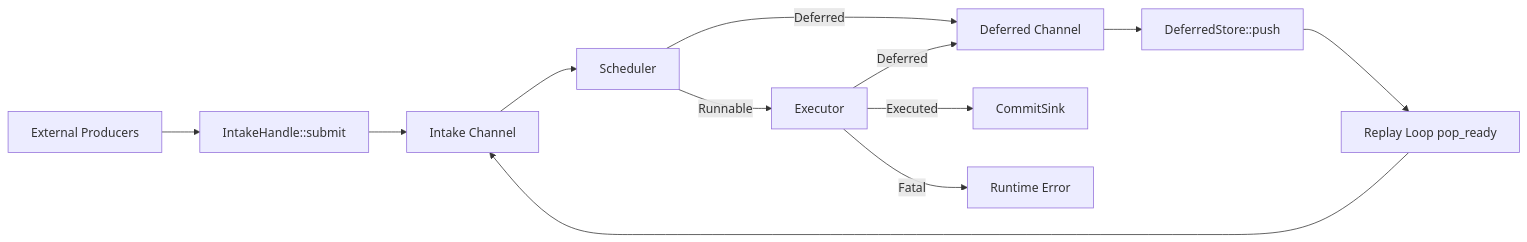
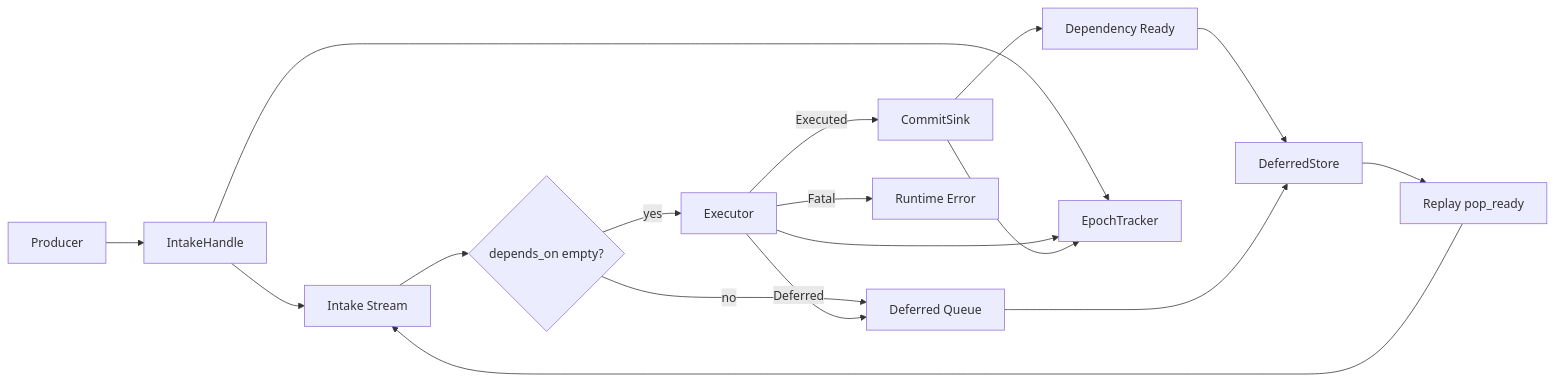
The first of 5 diagrams in crates/ingest/README.md (biuld/naviscope), drawn with Mermaid before and after one commit. The commit also changed other lines of this file and 24 other files, not shown here.

First line of the commit message:
Implement epoch tracking in ingest runtime

````diff
--- a/crates/ingest/README.md
+++ b/crates/ingest/README.md
@@ -38,17 +32,23 @@
 ```mermaid
 flowchart LR
-    EP[External Producers] --> IH[IntakeHandle::submit]
-    IH --> IQ[Intake Channel]
+    P[Producer] --> IH[IntakeHandle]
+    IH --> IN[Intake Stream]
 
-    IQ --> SCH[Scheduler]
-    SCH -->|Runnable| EXE[Executor]
-    SCH -->|Deferred| DQ[Deferred Channel]
+    IN --> G{depends_on empty?}
+    G -->|yes| EX[Executor]
+    G -->|no| DQ[Deferred Queue]
 
-    EXE -->|Executed| COM[CommitSink]
-    EXE -->|Deferred| DQ
-    EXE -->|Fatal| ERR[Runtime Error]
+    EX -->|Executed| CM[CommitSink]
+    EX -->|Deferred| DQ
+    EX -->|Fatal| ER[Runtime Error]
 
-    DQ --> DS[DeferredStore::push]
-    DS --> RP[Replay Loop pop_ready]
-    RP --> IQ
+    CM --> DR[Dependency Ready]
+    DR --> DS[DeferredStore]
+    DQ --> DS
+    DS --> RP[Replay pop_ready]
+    RP --> IN
+
+    IH --> EP[EpochTracker]
+    EX --> EP
+    CM --> EP
 ```
````
